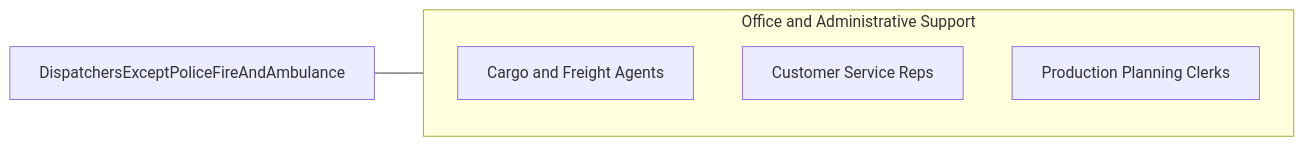
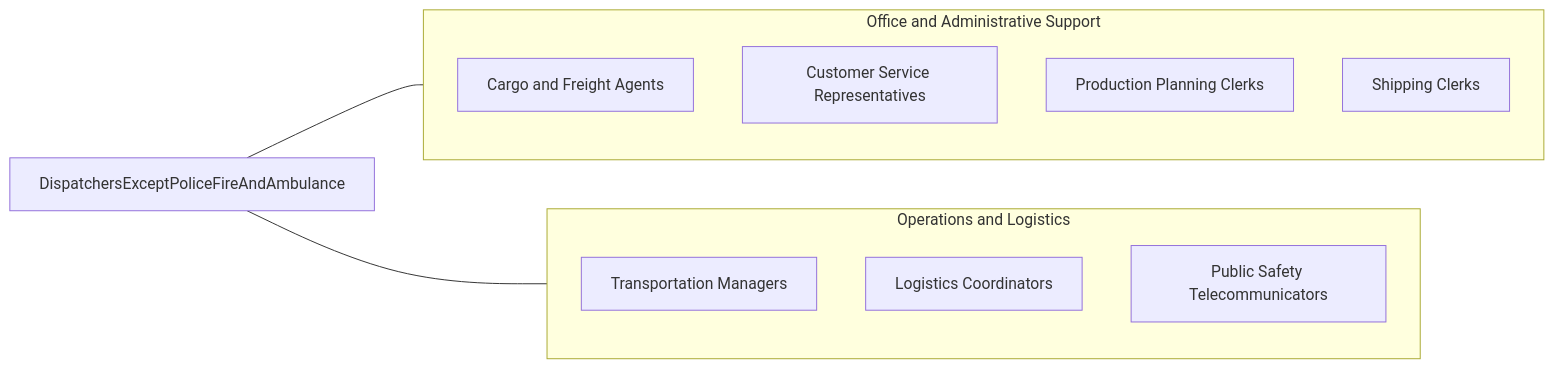
One commit to kziemski/business.org.ai changed the fourth of 4 diagrams in occupations/Administrative/DispatchersExceptPoliceFireAndAmbulance.mdx. Above: the diagram before and after it, drawn with Mermaid. The commit also changed other lines of this file and 19 other files, not shown here.

````diff
--- a/occupations/Administrative/DispatchersExceptPoliceFireAndAmbulance.mdx
+++ b/occupations/Administrative/DispatchersExceptPoliceFireAndAmbulance.mdx
@@ -100,10 +218,20 @@
 ```mermaid
 graph LR
     Current["DispatchersExceptPoliceFireAndAmbulance"]
+
     subgraph SameCategory["Office and Administrative Support"]
-        RCargoandFreightAgents["Cargo and Freight Agents"]
-        RCustomerServiceReps["Customer Service Reps"]
-        RProductionPlanningClerks["Production Planning Clerks"]
+        CargoAgents["Cargo and Freight Agents"]
+        CustomerServiceReps["Customer Service Representatives"]
+        ProductionPlanningClerks["Production Planning Clerks"]
+        ShippingClerks["Shipping Clerks"]
     end
+
+    subgraph CrossFunctional["Operations and Logistics"]
+        FleetManagers["Transportation Managers"]
+        LogisticsCoordinators["Logistics Coordinators"]
+        PublicSafetyDispatchers["Public Safety Telecommunicators"]
+    end
+
     Current --- SameCategory
+    Current --- CrossFunctional
 ```
````
